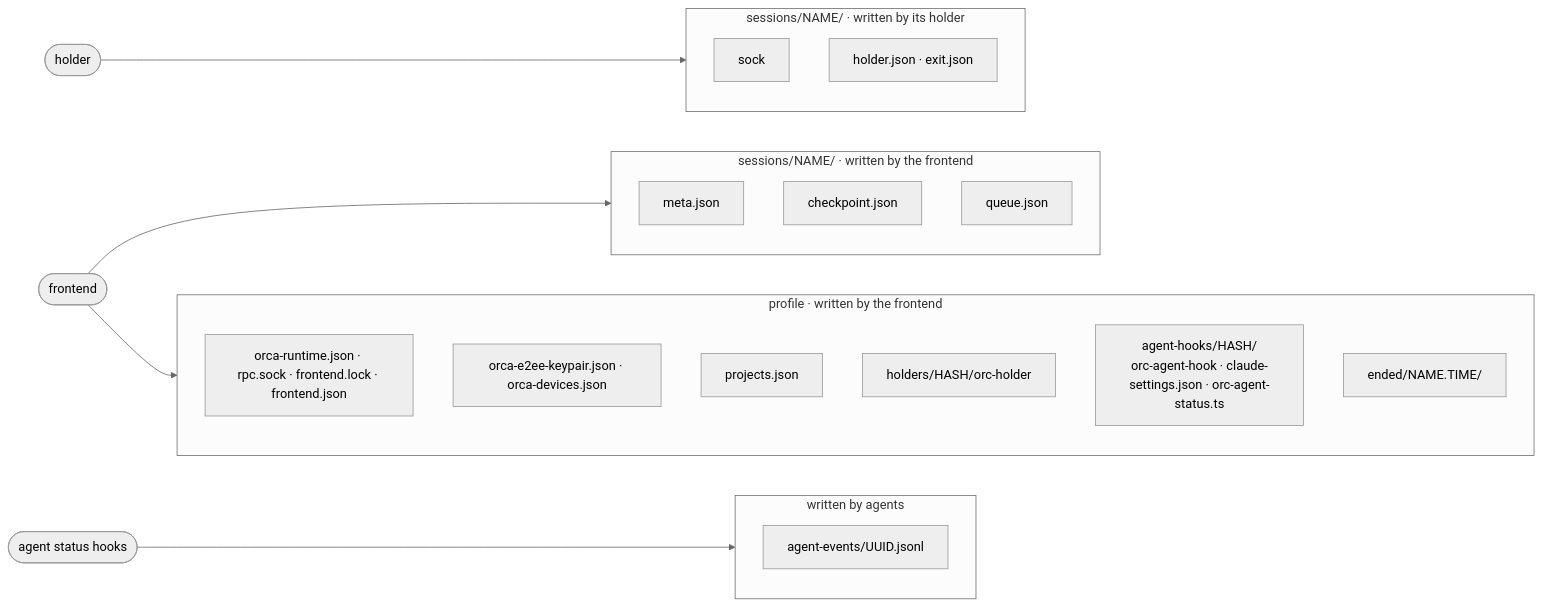
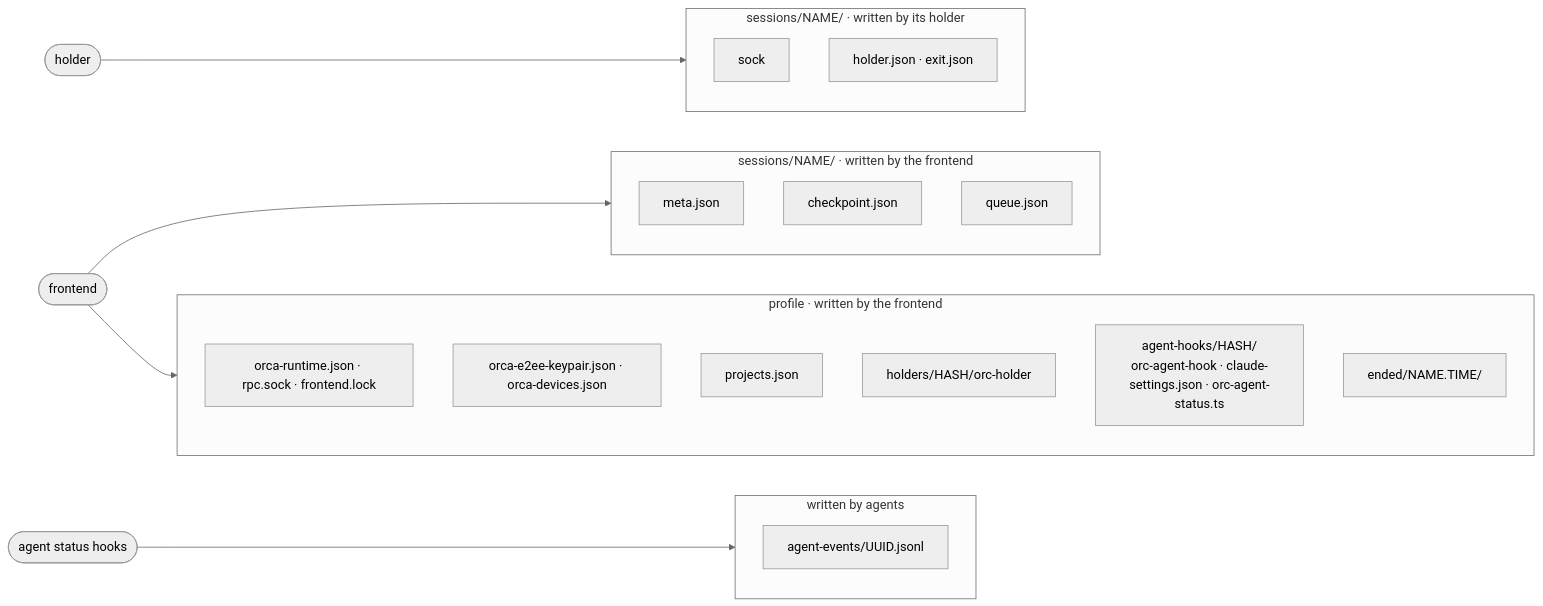
Before and after one commit to phillipleblanc/orc: the second of 7 diagrams in slim/ARCHITECTURE.md, drawn with Mermaid (neutral theme). The commit also changed other lines of this file and 14 other files, not shown here.

````diff
--- a/slim/ARCHITECTURE.md
+++ b/slim/ARCHITECTURE.md
@@ -78,35 +78,35 @@
 ```mermaid
 flowchart LR
     holderProcess(["holder"])
     frontendProcess(["frontend"])
 
     subgraph holderFiles["sessions/NAME/ · written by its holder"]
         sock["sock"]
         holderRecord["holder.json · exit.json"]
     end
 
     subgraph sessionFiles["sessions/NAME/ · written by the frontend"]
         meta["meta.json"]
         checkpoint["checkpoint.json"]
         queue["queue.json"]
     end
 
     agentProcess(["agent status hooks"])
     subgraph eventFiles["written by agents"]
         events["agent-events/UUID.jsonl"]
     end
 
     subgraph profileFiles["profile · written by the frontend"]
-        runtime["orca-runtime.json · rpc.sock · frontend.lock · frontend.json"]
+        runtime["orca-runtime.json · rpc.sock · frontend.lock"]
         identity["orca-e2ee-keypair.json · orca-devices.json"]
         projects["projects.json"]
         binaries["holders/HASH/orc-holder"]
         hookFiles["agent-hooks/HASH/<br/>orc-agent-hook · claude-settings.json · orc-agent-status.ts"]
         ended["ended/NAME.TIME/"]
     end
 
     holderProcess --> holderFiles
     frontendProcess --> sessionFiles
     frontendProcess --> profileFiles
     agentProcess --> eventFiles
 ```
````
